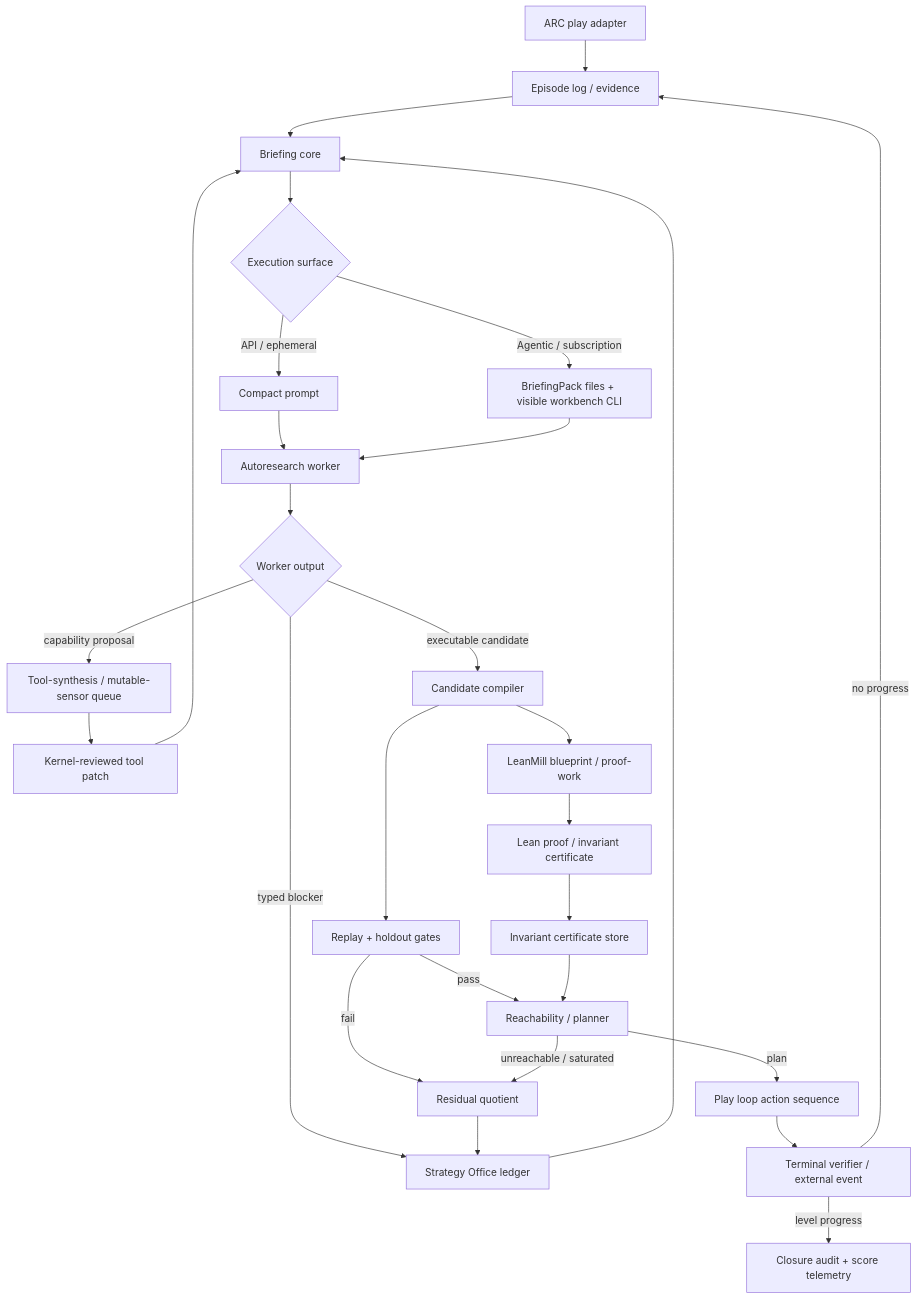
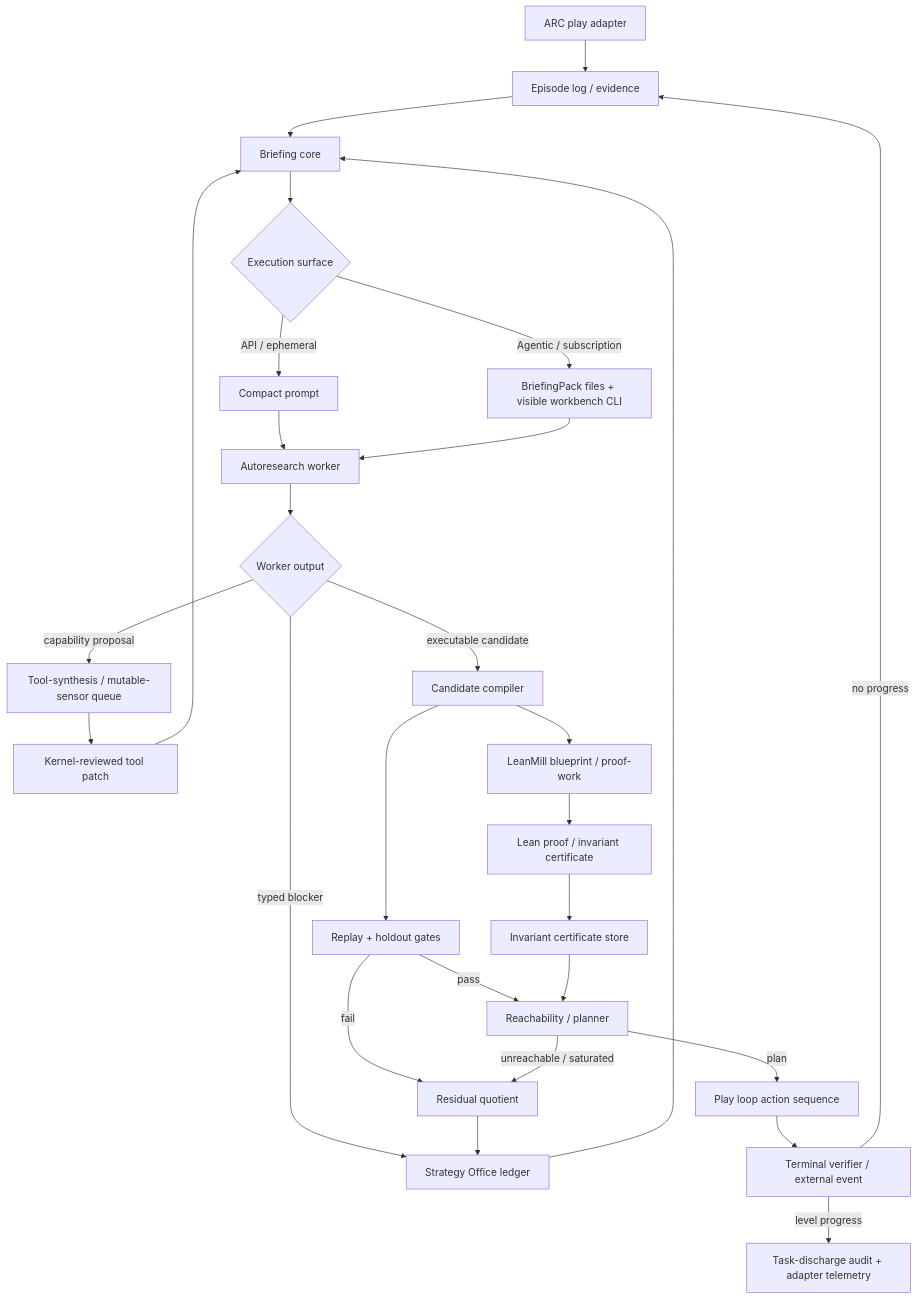
The first of 2 diagrams in docs/concepts/arc_agi_3_system.md (sparckix/ztare), drawn with Mermaid before and after one commit. The commit also changed other lines of this file and 190 other files, not shown here.

````diff
--- a/docs/concepts/arc_agi_3_system.md
+++ b/docs/concepts/arc_agi_3_system.md
@@ -48,30 +63,30 @@
 ```mermaid
 flowchart TD
     A[ARC play adapter] --> B[Episode log / evidence]
     B --> C[Briefing core]
     C --> D{Execution surface}
     D -->|API / ephemeral| E[Compact prompt]
     D -->|Agentic / subscription| F[BriefingPack files + visible workbench CLI]
     E --> G[Autoresearch worker]
     F --> G
     G --> H{Worker output}
     H -->|executable candidate| I[Candidate compiler]
     H -->|typed blocker| J[Strategy Office ledger]
     H -->|capability proposal| K[Tool-synthesis / mutable-sensor queue]
     I --> L[Replay + holdout gates]
     L -->|pass| M[Reachability / planner]
     L -->|fail| N[Residual quotient]
     M -->|plan| O[Play loop action sequence]
     M -->|unreachable / saturated| N
     O --> P[Terminal verifier / external event]
-    P -->|level progress| Q[Closure audit + score telemetry]
+    P -->|level progress| Q[Task-discharge audit + adapter telemetry]
     P -->|no progress| B
     N --> J
     J --> C
     K --> R[Kernel-reviewed tool patch]
     R --> C
     I --> S[LeanMill blueprint / proof-work]
     S --> T[Lean proof / invariant certificate]
     T --> U[Invariant certificate store]
     U --> M
 ```
````
